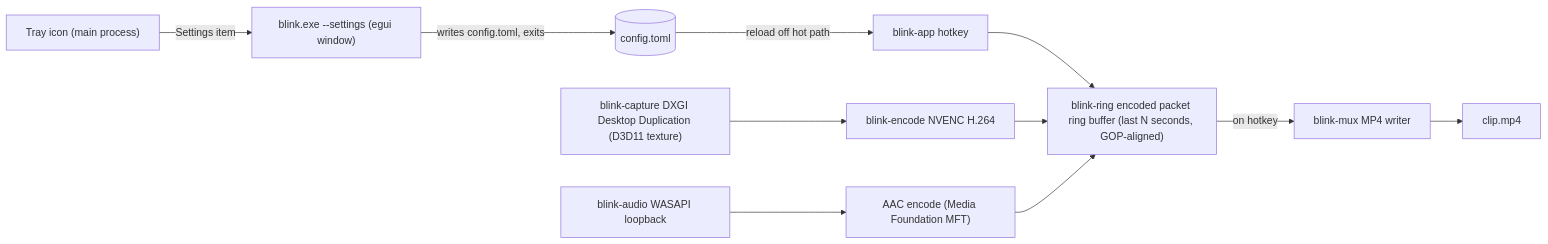
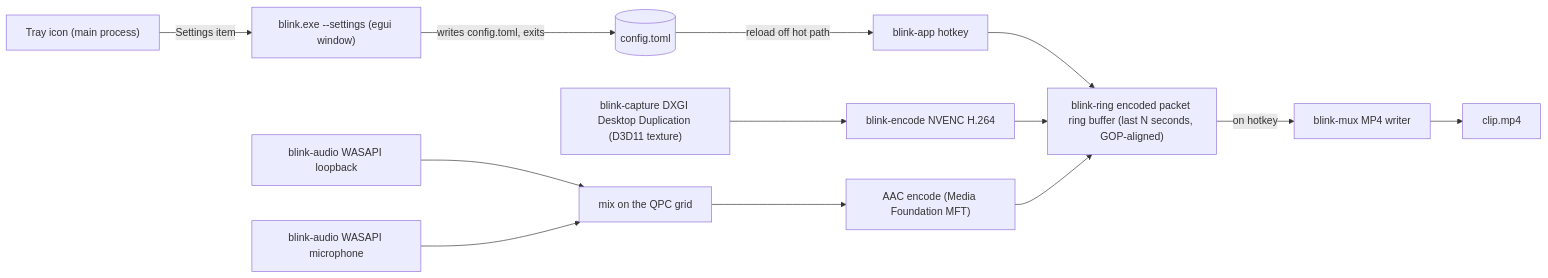
One commit to blairmcalpine/blink changed the diagram in docs/ARCHITECTURE.md. Above: the diagram before and after it, drawn with Mermaid. The commit also changed other lines of this file and 17 other files, not shown here.

First line of the commit message:
feat(audio): record the microphone and mix it into clip audio (#12)

````diff
--- a/docs/ARCHITECTURE.md
+++ b/docs/ARCHITECTURE.md
@@ -19,11 +19,13 @@
 ```mermaid
 flowchart LR
   Hotkey[blink-app hotkey] --> Ring
   DXGI["blink-capture DXGI Desktop Duplication (D3D11 texture)"] --> NVENC["blink-encode NVENC H.264"]
   NVENC --> Ring["blink-ring encoded packet ring buffer (last N seconds, GOP-aligned)"]
-  WASAPI["blink-audio WASAPI loopback"] --> AAC["AAC encode (Media Foundation MFT)"] --> Ring
+  WASAPI["blink-audio WASAPI loopback"] --> Mix["mix on the QPC grid"]
+  Mic["blink-audio WASAPI microphone"] --> Mix
+  Mix --> AAC["AAC encode (Media Foundation MFT)"] --> Ring
   Ring -->|on hotkey| Mux["blink-mux MP4 writer"] --> File[clip.mp4]
   Tray["Tray icon (main process)"] -->|Settings item| Settings["blink.exe --settings (egui window)"]
   Settings -->|"writes config.toml, exits"| Config[("config.toml")]
   Config -->|reload off hot path| Hotkey
 ```
````
